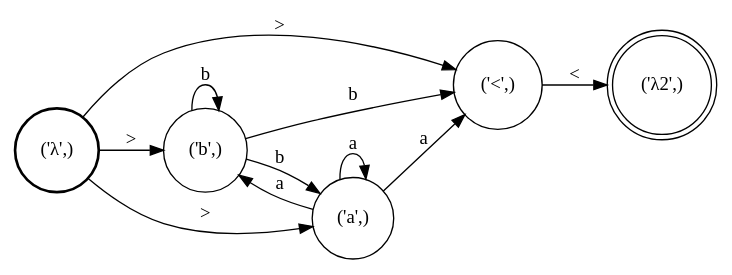
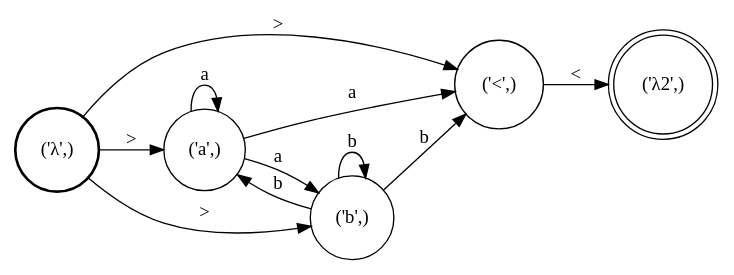
One commit to colincwilson/statgram changed the diagram in demo/nasal_spreading/A_right.dot. Above: the diagram before and after it, drawn with Graphviz. The commit also changed 7 other files, not shown here.

```diff
--- a/demo/nasal_spreading/A_right.dot
+++ b/demo/nasal_spreading/A_right.dot
@@ -1,19 +1,19 @@
 digraph G {
 rankdir=LR;
 node [shape=circle]
 0 [label="('<',)"]
-1 [label="('b',)"]
-2 [shape=doublecircle label="('λ2',)"]
-3 [style=bold label="('λ',)"]
-4 [label="('a',)"]
-1 -> 1 [label="b"]
-0 -> 2 [label="<"]
-3 -> 1 [label=">"]
-4 -> 4 [label="a"]
-4 -> 1 [label="a"]
-1 -> 4 [label="b"]
-3 -> 0 [label=">"]
-3 -> 4 [label=">"]
-4 -> 0 [label="a"]
-1 -> 0 [label="b"]
+1 [label="('a',)"]
+2 [style=bold label="('λ',)"]
+3 [label="('b',)"]
+4 [shape=doublecircle label="('λ2',)"]
+3 -> 1 [label="b"]
+3 -> 3 [label="b"]
+3 -> 0 [label="b"]
+2 -> 0 [label=">"]
+2 -> 3 [label=">"]
+1 -> 1 [label="a"]
+0 -> 4 [label="<"]
+2 -> 1 [label=">"]
+1 -> 3 [label="a"]
+1 -> 0 [label="a"]
 }
```
